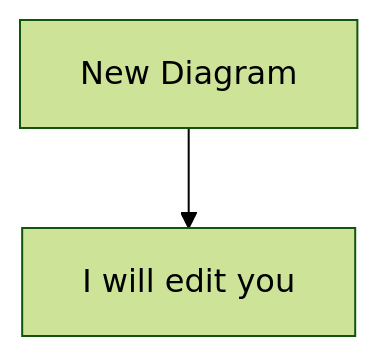
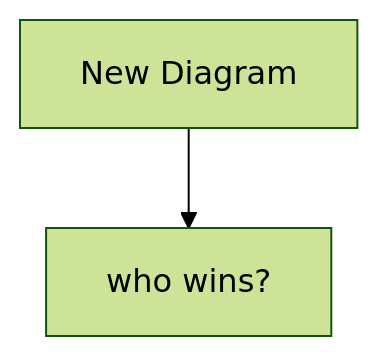
Before and after one commit to Skreen5hot/Ontology-of-Freedom: the diagram in mermaid/This is a test.mmd, drawn with Mermaid (forest theme).

Commit message:
[Mermaid-IDE] auto-merge diagram: This is a test.mmd

```diff
--- a/mermaid/This is a test.mmd
+++ b/mermaid/This is a test.mmd
@@ -1,2 +1,2 @@
 graph TD
-    A[New Diagram] --> B[I will edit you];
+    A[New Diagram] --> B[who wins?];
```
